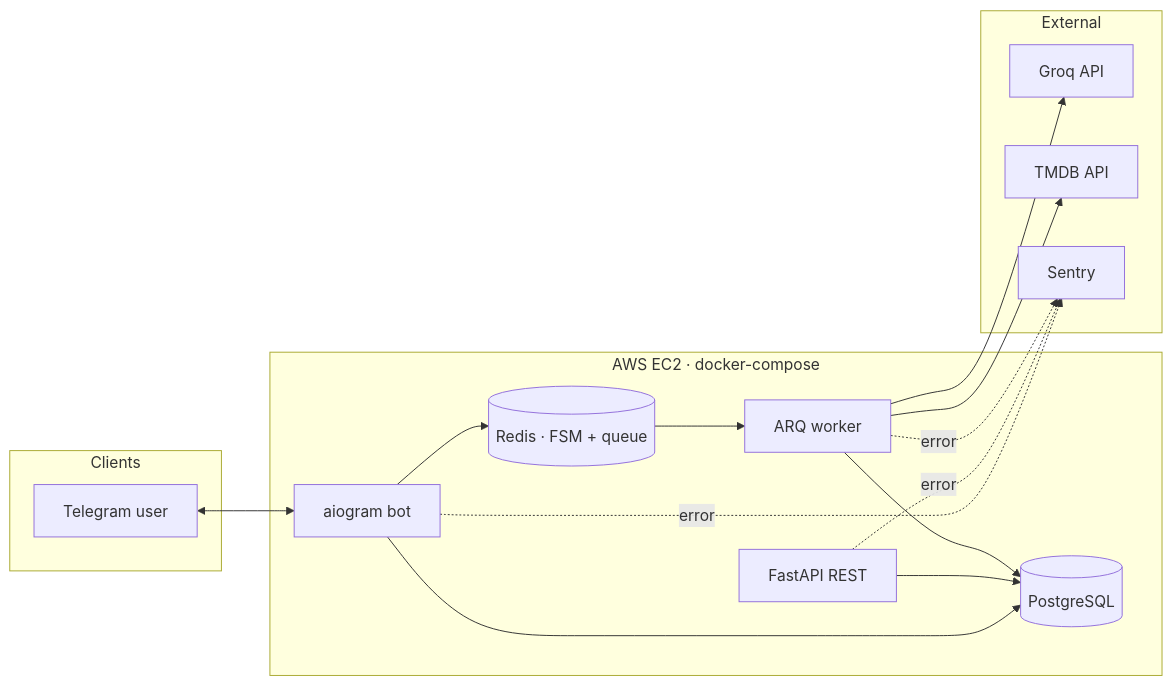
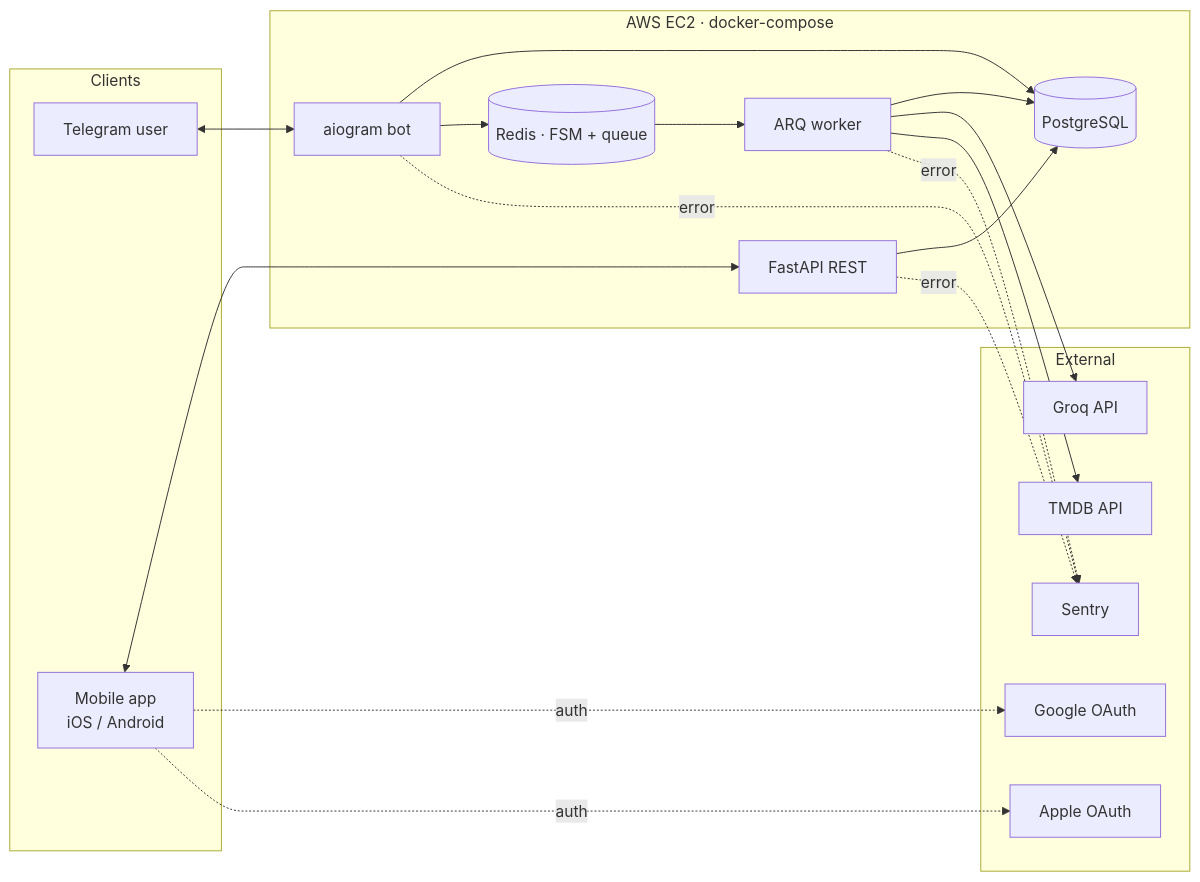
One commit to kotbarbarossa/barba-film-bot changed the diagram in README.md. Above: the diagram before and after it, drawn with Mermaid. The commit also changed other lines of this file and 4 other files, not shown here.

````diff
--- a/README.md
+++ b/README.md
@@ -77,32 +146,38 @@
 ```mermaid
 flowchart LR
   subgraph Clients
     TG[Telegram user]
+    MOB[Mobile app\niOS / Android]
   end
 
   subgraph AWS_EC2["AWS EC2 · docker-compose"]
     BOT[aiogram bot]
     API[FastAPI REST]
     WORKER[ARQ worker]
     PG[(PostgreSQL)]
     RED[(Redis · FSM + queue)]
   end
 
   subgraph External
     GROQ[Groq API]
     TMDB[TMDB API]
     SENTRY[Sentry]
+    GOOG[Google OAuth]
+    APPLE[Apple OAuth]
   end
 
   TG <--> BOT
+  MOB <--> API
   BOT --> PG
   BOT --> RED
   API --> PG
   RED --> WORKER
   WORKER --> PG
   WORKER --> GROQ
   WORKER --> TMDB
+  MOB -.auth.-> GOOG
+  MOB -.auth.-> APPLE
   BOT -.error.-> SENTRY
   API -.error.-> SENTRY
   WORKER -.error.-> SENTRY
 ```
````
